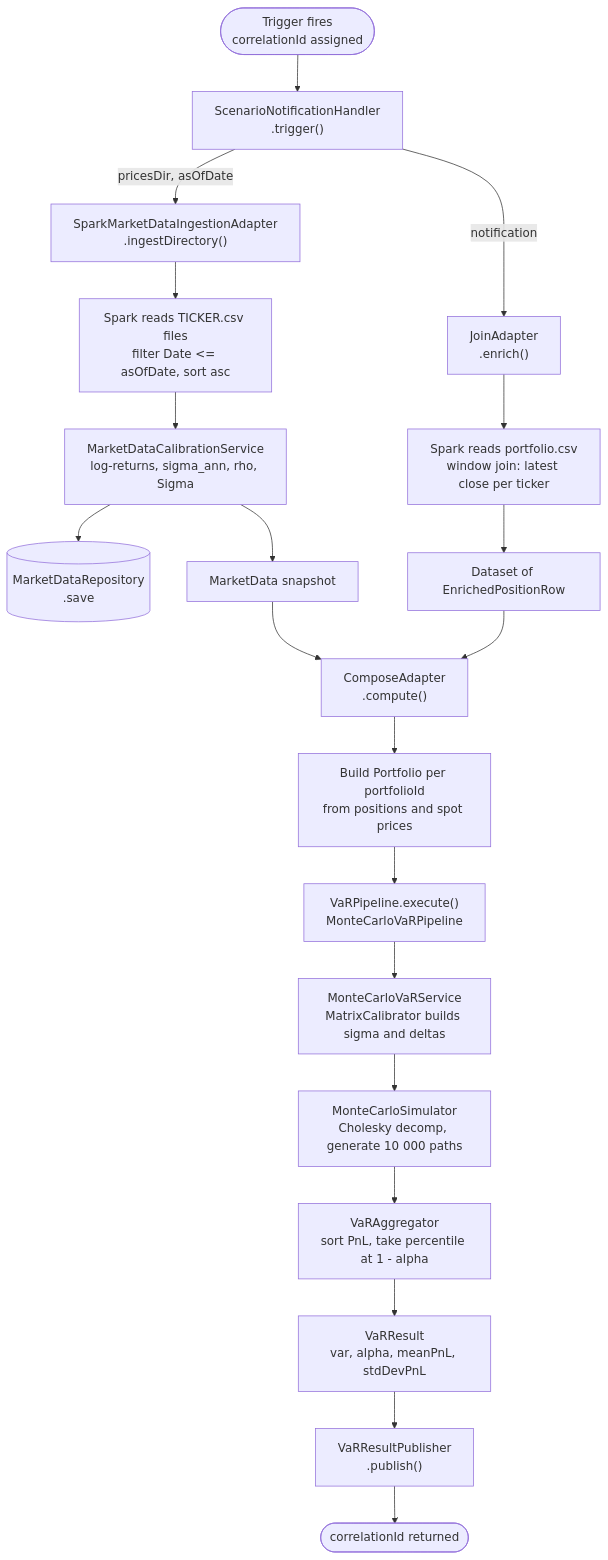
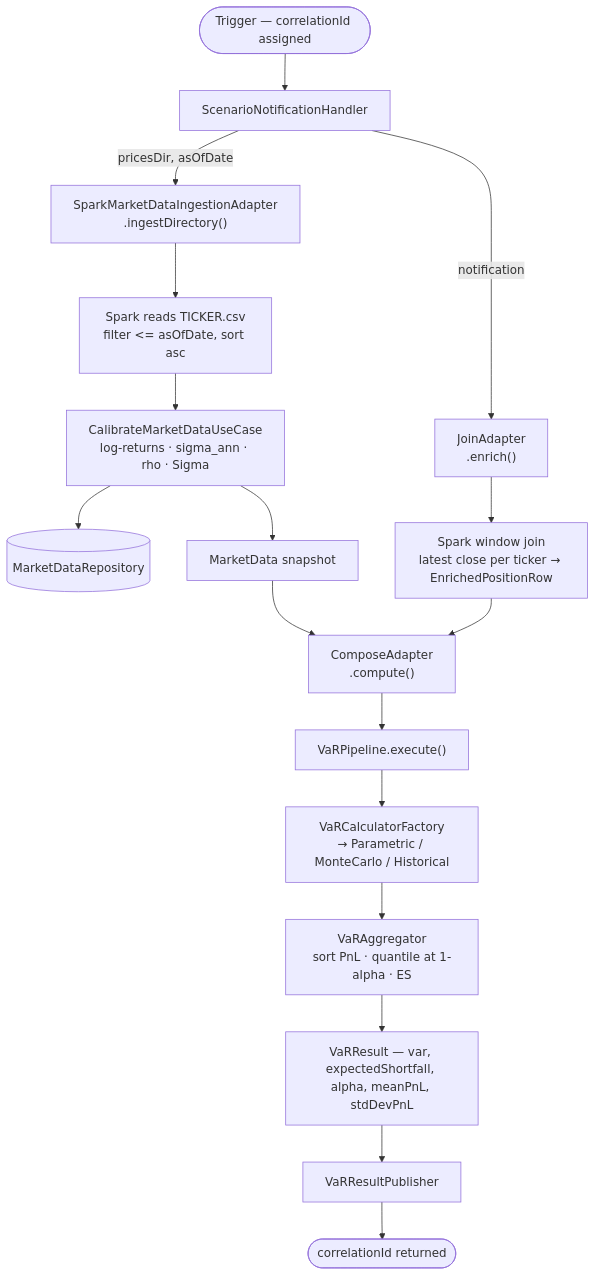
One commit to kacemjd/market-risk-quant changed the second of 2 diagrams in README.md. Above: the diagram before and after it, drawn with Mermaid. The commit also changed other lines of this file, not shown here.

Commit message:
docs: rewrite README — concise, no emojis, architecture-first

````diff
--- a/README.md
+++ b/README.md
@@ -131,29 +89,24 @@
 ```mermaid
 flowchart TD
-    TRG([Trigger fires\ncorrelationId assigned]) --> HDLR["ScenarioNotificationHandler\n.trigger()"]
+    TRG([Trigger — correlationId assigned]) --> HDLR["ScenarioNotificationHandler"]
 
     HDLR -->|pricesDir, asOfDate| INGEST["SparkMarketDataIngestionAdapter\n.ingestDirectory()"]
     HDLR -->|notification| JOIN["JoinAdapter\n.enrich()"]
 
-    INGEST --> CSV["Spark reads TICKER.csv files\nfilter Date <= asOfDate, sort asc"]
-    CSV --> CAL["MarketDataCalibrationService\nlog-returns, sigma_ann, rho, Sigma"]
-    CAL --> SAVE[(MarketDataRepository\n.save)]
+    INGEST --> CSV["Spark reads TICKER.csv\nfilter <= asOfDate, sort asc"]
+    CSV --> CAL["CalibrateMarketDataUseCase\nlog-returns · sigma_ann · rho · Sigma"]
+    CAL --> SAVE[(MarketDataRepository)]
     CAL --> MD["MarketData snapshot"]
 
-    JOIN --> JCSV["Spark reads portfolio.csv\nwindow join: latest close per ticker"]
-    JCSV --> ENR["Dataset of EnrichedPositionRow"]
+    JOIN --> ENR["Spark window join\nlatest close per ticker → EnrichedPositionRow"]
 
-    MD --> COMPOSE["ComposeAdapter\n.compute()"]
+    MD  --> COMPOSE["ComposeAdapter\n.compute()"]
     ENR --> COMPOSE
 
-    COMPOSE --> BUILD["Build Portfolio per portfolioId\nfrom positions and spot prices"]
-    BUILD --> PIPE["VaRPipeline.execute()\nMonteCarloVaRPipeline"]
-
-    PIPE --> SVC["MonteCarloVaRService\nMatrixCalibrator builds sigma and deltas"]
-    SVC --> SIM["MonteCarloSimulator\nCholesky decomp, generate 10 000 paths"]
-    SIM --> AGG["VaRAggregator\nsort PnL, take percentile at 1 - alpha"]
-    AGG --> RES["VaRResult\nvar, alpha, meanPnL, stdDevPnL"]
-
-    RES --> PUB["VaRResultPublisher\n.publish()"]
+    COMPOSE --> PIPE["VaRPipeline.execute()"]
+    PIPE --> CALC2["VaRCalculatorFactory\n→ Parametric / MonteCarlo / Historical"]
+    CALC2 --> AGG["VaRAggregator\nsort PnL · quantile at 1-alpha · ES"]
+    AGG --> RES["VaRResult — var, expectedShortfall, alpha, meanPnL, stdDevPnL"]
+    RES --> PUB["VaRResultPublisher"]
     PUB --> DONE([correlationId returned])
 ```
````
